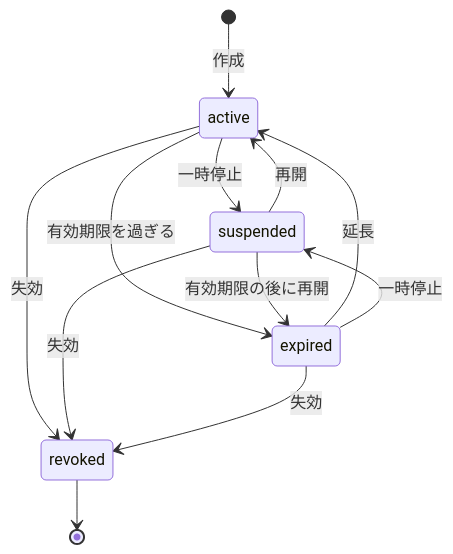
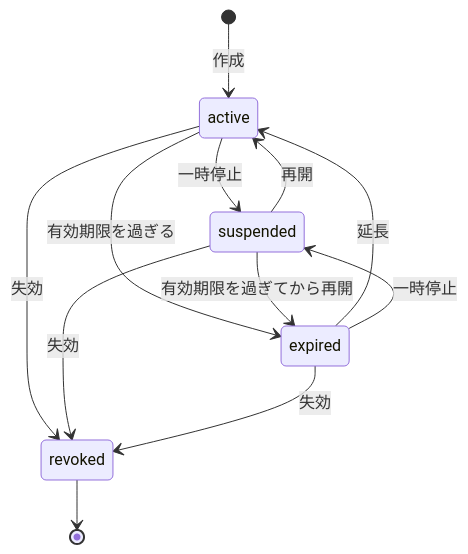
Before and after one commit to YUKIKEDA/ElasticLM: the first of 3 diagrams in docs/guide.ja/explanation/activation.md, drawn with Mermaid. The commit also changed other lines of this file and 17 other files, not shown here.

````diff
--- a/docs/guide.ja/explanation/activation.md
+++ b/docs/guide.ja/explanation/activation.md
@@ -34,14 +34,14 @@
 ```mermaid
 stateDiagram-v2
     [*] --> active: 作成
     active --> suspended: 一時停止
     suspended --> active: 再開
     active --> expired: 有効期限を過ぎる
     expired --> active: 延長
     expired --> suspended: 一時停止
-    suspended --> expired: 有効期限の後に再開
+    suspended --> expired: 有効期限を過ぎてから再開
     active --> revoked: 失効
     suspended --> revoked: 失効
     expired --> revoked: 失効
     revoked --> [*]
 ```
````
